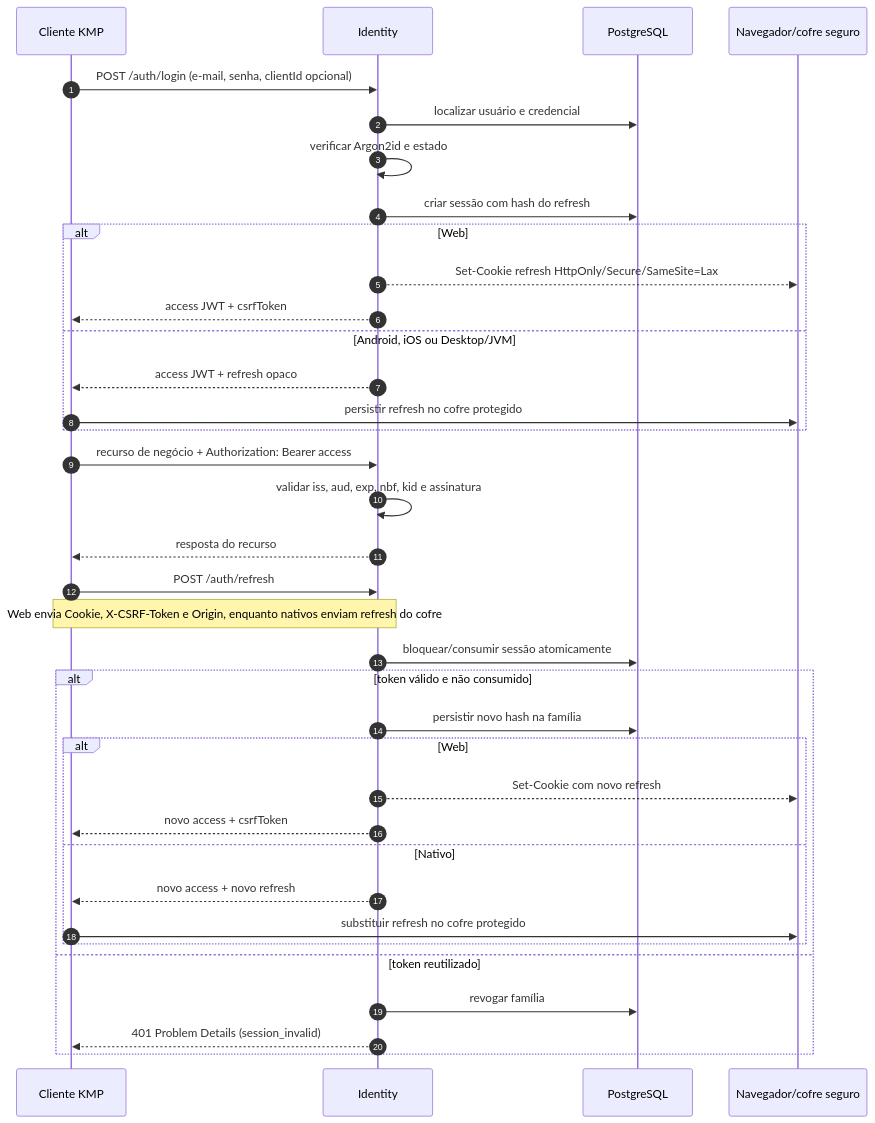
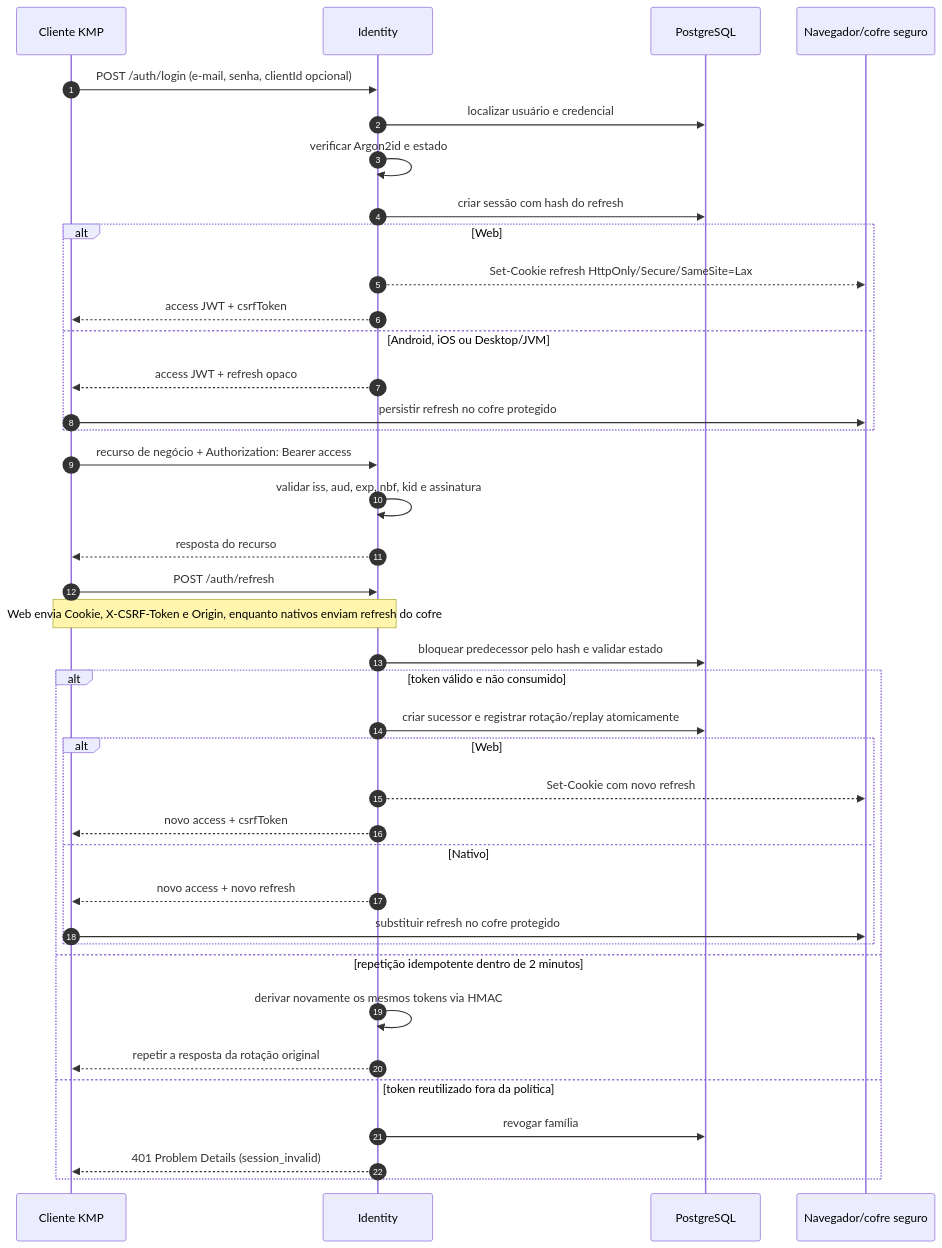
The eighth of 14 diagrams in docs/modelagem.md (Drufontael/mykytadu-api), drawn with Mermaid before and after one commit. The commit also changed other lines of this file and 15 other files, not shown here.

````diff
--- a/docs/modelagem.md
+++ b/docs/modelagem.md
@@ -438,39 +469,42 @@
 ```mermaid
 sequenceDiagram
     autonumber
     participant C as Cliente KMP
     participant I as Identity
     participant D as PostgreSQL
     participant B as Navegador/cofre seguro
 
     C->>I: POST /auth/login (e-mail, senha, clientId opcional)
     I->>D: localizar usuário e credencial
     I->>I: verificar Argon2id e estado
     I->>D: criar sessão com hash do refresh
     alt Web
         I-->>B: Set-Cookie refresh HttpOnly/Secure/SameSite=Lax
         I-->>C: access JWT + csrfToken
     else Android, iOS ou Desktop/JVM
         I-->>C: access JWT + refresh opaco
         C->>B: persistir refresh no cofre protegido
     end
     C->>I: recurso de negócio + Authorization: Bearer access
     I->>I: validar iss, aud, exp, nbf, kid e assinatura
     I-->>C: resposta do recurso
     C->>I: POST /auth/refresh
     Note over C,I: Web envia Cookie, X-CSRF-Token e Origin, enquanto nativos enviam refresh do cofre
-    I->>D: bloquear/consumir sessão atomicamente
+    I->>D: bloquear predecessor pelo hash e validar estado
     alt token válido e não consumido
-        I->>D: persistir novo hash na família
+        I->>D: criar sucessor e registrar rotação/replay atomicamente
         alt Web
             I-->>B: Set-Cookie com novo refresh
             I-->>C: novo access + csrfToken
         else Nativo
             I-->>C: novo access + novo refresh
             C->>B: substituir refresh no cofre protegido
         end
-    else token reutilizado
+    else repetição idempotente dentro de 2 minutos
+        I->>I: derivar novamente os mesmos tokens via HMAC
+        I-->>C: repetir a resposta da rotação original
+    else token reutilizado fora da política
         I->>D: revogar família
         I-->>C: 401 Problem Details (session_invalid)
     end
 ```
````
